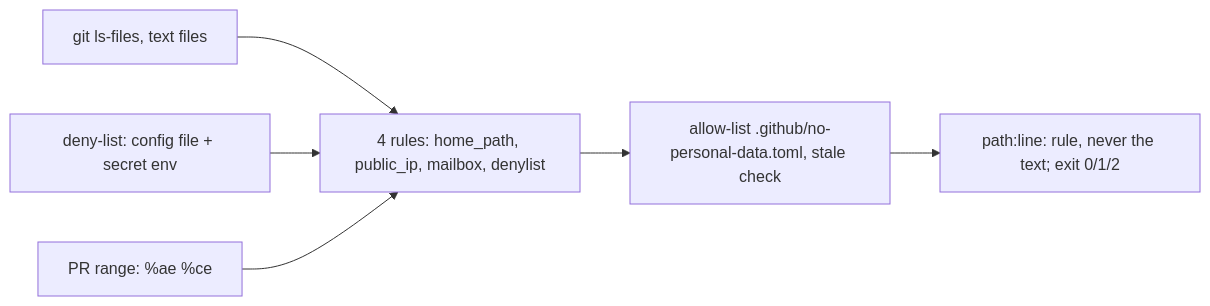
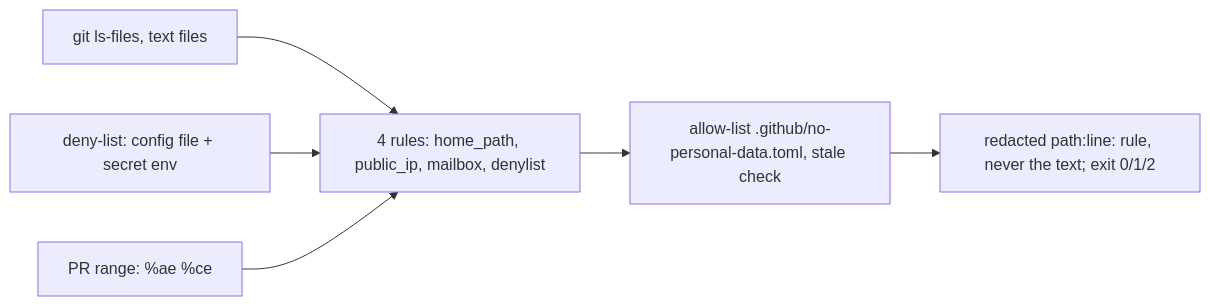
Before and after one commit to repoachhq/repoach: the diagram in docs/specs/2026-11-18_SP-NO-PERSONAL-DATA-GATE_a-generic-ci-gate-refuses-home-paths-public-addresses-and-mailboxes.md, drawn with Mermaid. The commit also changed other lines of this file and 4 other files, not shown here.

````diff
--- a/docs/specs/2026-11-18_SP-NO-PERSONAL-DATA-GATE_a-generic-ci-gate-refuses-home-paths-public-addresses-and-mailboxes.md
+++ b/docs/specs/2026-11-18_SP-NO-PERSONAL-DATA-GATE_a-generic-ci-gate-refuses-home-paths-public-addresses-and-mailboxes.md
@@ -201,8 +223,8 @@
 ```mermaid
 flowchart LR
     T[git ls-files, text files] --> R[4 rules: home_path, public_ip, mailbox, denylist]
     D[deny-list: config file + secret env] --> R
     R --> A[allow-list .github/no-personal-data.toml, stale check]
-    A --> O[path:line: rule, never the text; exit 0/1/2]
+    A --> O[redacted path:line: rule, never the text; exit 0/1/2]
     C[PR range: %ae %ce] --> R
 ```
````
